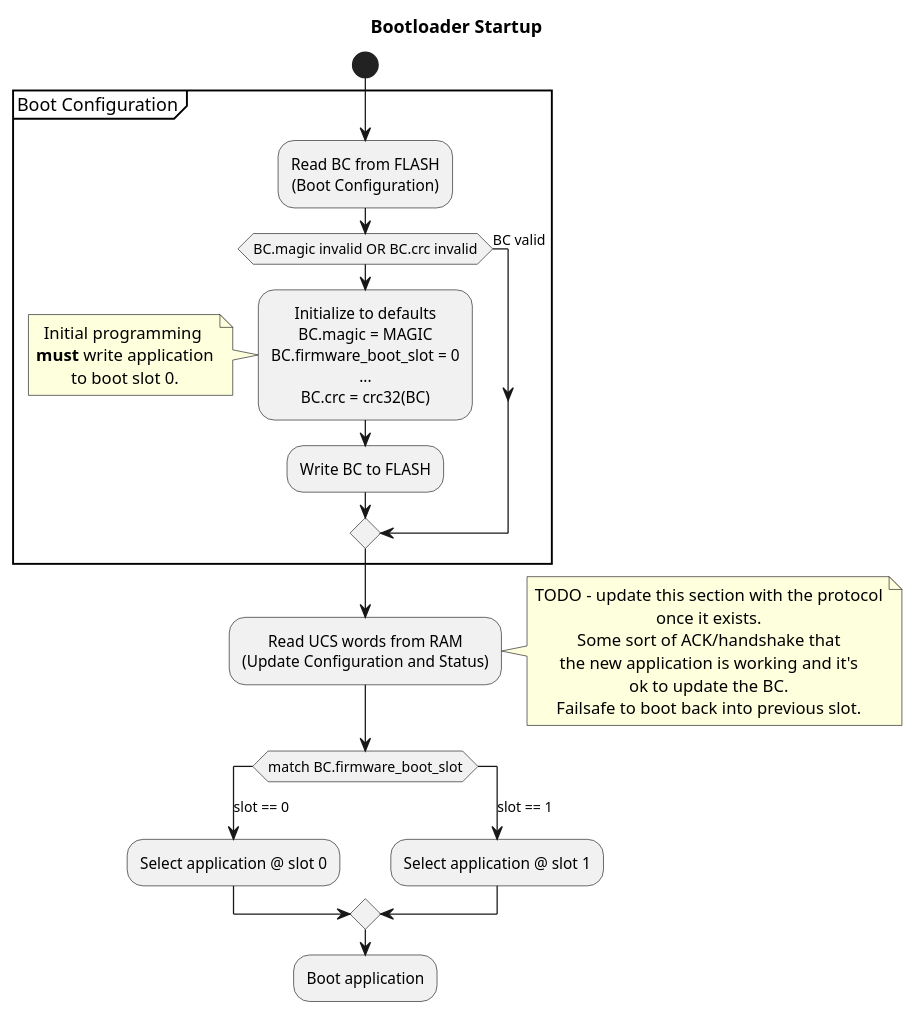
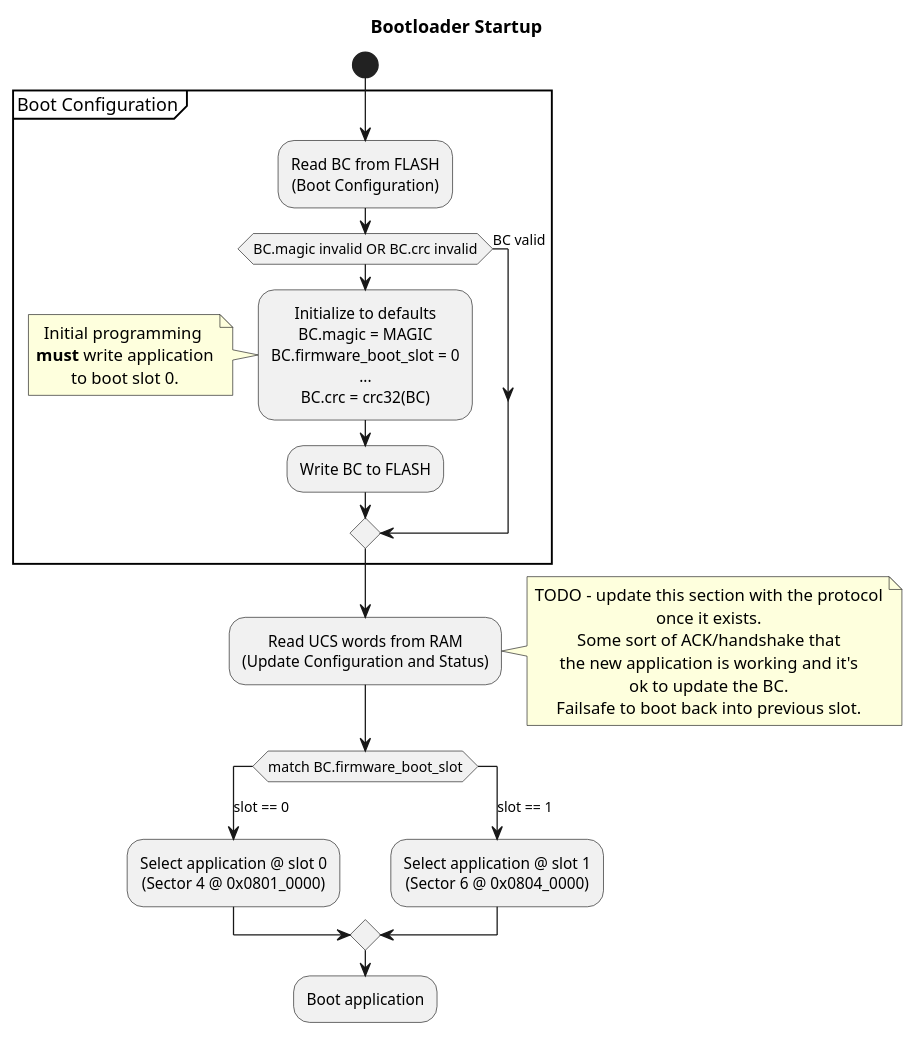
One commit to jonlamb-gh/bme680-env-monitor changed the diagram in bootloader/doc/bootloader_startup.puml. Above: the diagram before and after it, drawn with PlantUML. The commit also changed 1 other file, not shown here.

```diff
--- a/bootloader/doc/bootloader_startup.puml
+++ b/bootloader/doc/bootloader_startup.puml
@@ -1,49 +1,51 @@
 @startuml
 
 skinparam defaultTextAlignment center
 
 title Bootloader Startup
 
 start
 
 group Boot Configuration
     :Read BC from FLASH
     (Boot Configuration);
 
     if (BC.magic invalid OR BC.crc invalid)
         :Initialize to defaults 
         BC.magic = MAGIC
         BC.firmware_boot_slot = 0
         ...
         BC.crc = crc32(BC);
         note left
             Initial programming 
             **must** write application
             to boot slot 0.
         end note
         :Write BC to FLASH;
     else (BC valid)
     endif
 end group
 
 :Read UCS words from RAM
 (Update Configuration and Status);
 note right
     TODO - update this section with the protocol
     once it exists.
     Some sort of ACK/handshake that
     the new application is working and it's
     ok to update the BC.
     Failsafe to boot back into previous slot.
 end note
 
 switch (match BC.firmware_boot_slot)
 case (slot == 0)
-:Select application @ slot 0;
+    :Select application @ slot 0
+    (Sector 4 @ 0x0801_0000);
 case (slot == 1)
-:Select application @ slot 1;
+    :Select application @ slot 1
+    (Sector 6 @ 0x0804_0000);
 endswitch
 
 :Boot application;
 
 @enduml
```
